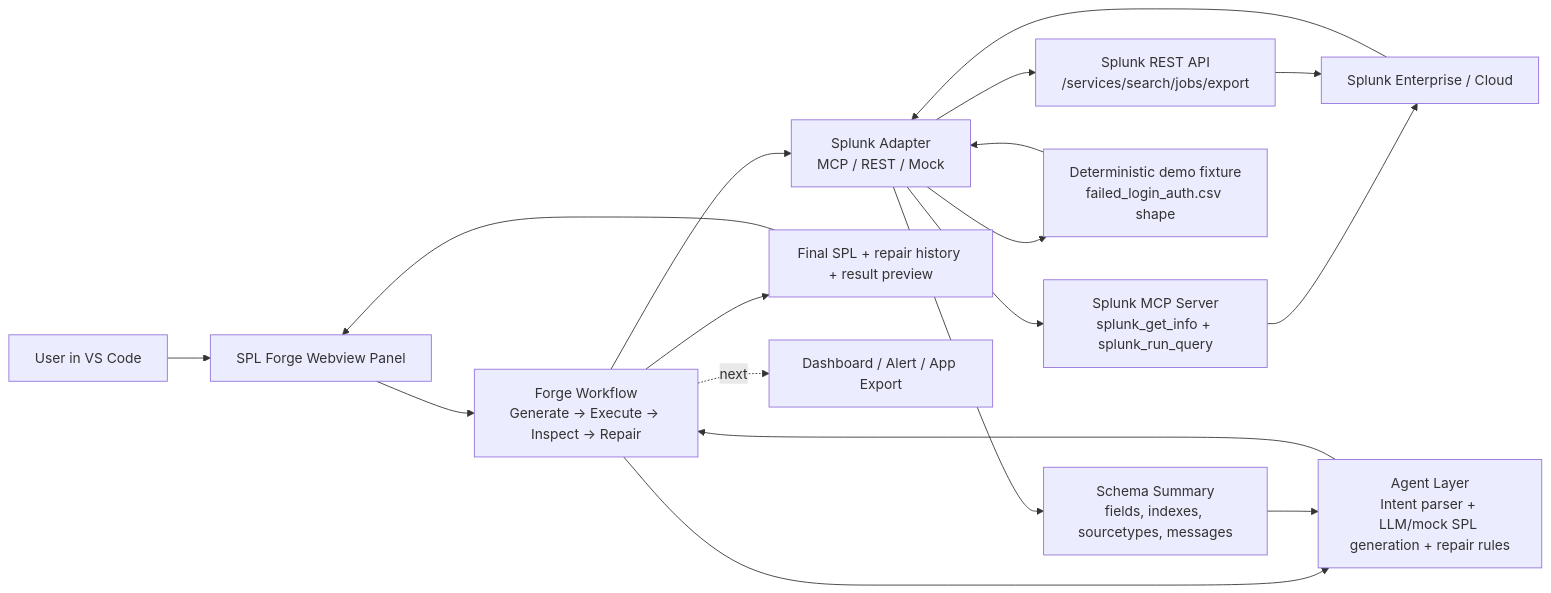
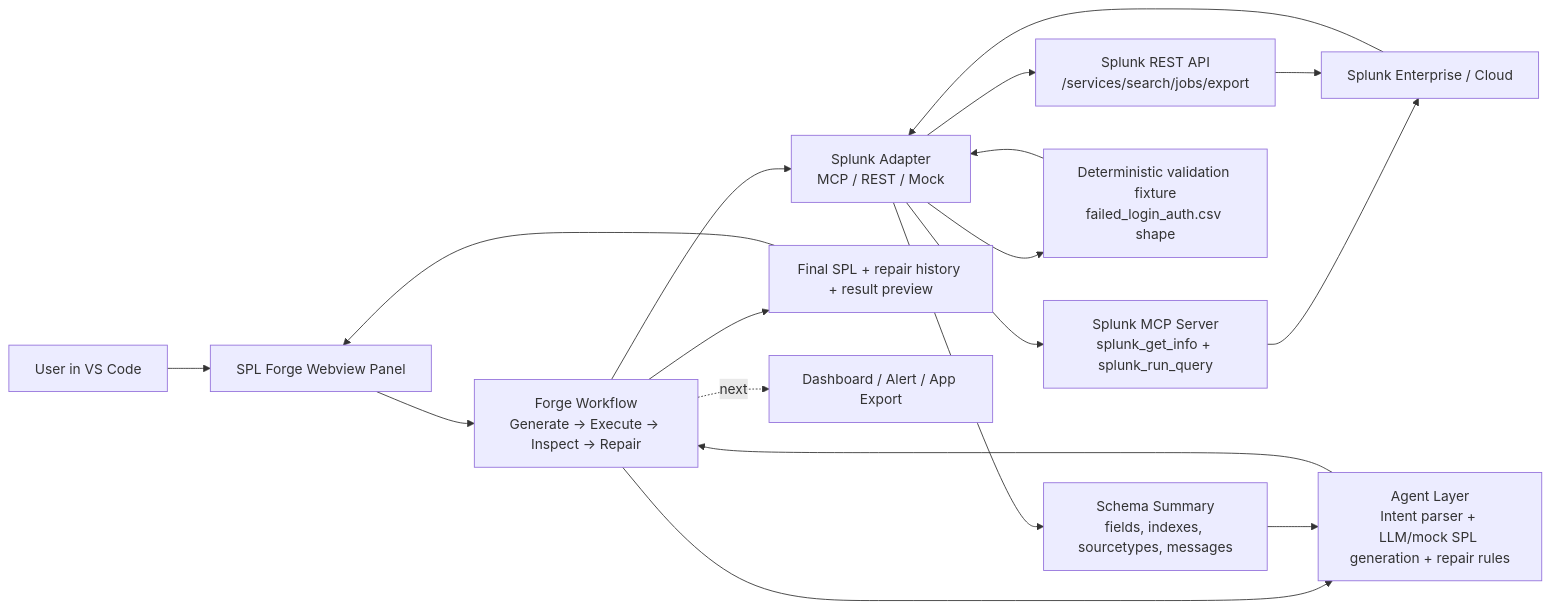
The diagram in architecture_diagram.md (Utpal-Kalita/SPL-Forge), drawn with Mermaid before and after one commit. The commit also changed other lines of this file and 26 other files, not shown here.

````diff
--- a/architecture_diagram.md
+++ b/architecture_diagram.md
@@ -3,20 +3,20 @@
 ```mermaid
 flowchart LR
     User["User in VS Code"] --> Panel["SPL Forge Webview Panel"]
     Panel --> Workflow["Forge Workflow\nGenerate -> Execute -> Inspect -> Repair"]
     Workflow --> Agent["Agent Layer\nIntent parser + LLM/mock SPL generation + repair rules"]
     Workflow --> Adapter["Splunk Adapter\nMCP / REST / Mock"]
     Adapter --> MCP["Splunk MCP Server\nsplunk_get_info + splunk_run_query"]
     Adapter --> REST["Splunk REST API\n/services/search/jobs/export"]
-    Adapter --> Mock["Deterministic demo fixture\nfailed_login_auth.csv shape"]
+    Adapter --> Mock["Deterministic validation fixture\nfailed_login_auth.csv shape"]
     MCP --> Splunk["Splunk Enterprise / Cloud"]
     REST --> Splunk
     Splunk --> Adapter
     Mock --> Adapter
     Adapter --> Schema["Schema Summary\nfields, indexes, sourcetypes, messages"]
     Schema --> Agent
     Agent --> Workflow
     Workflow --> Results["Final SPL + repair history + result preview"]
     Results --> Panel
     Workflow -. next .-> Artifacts["Dashboard / Alert / App Export"]
 ```
````
